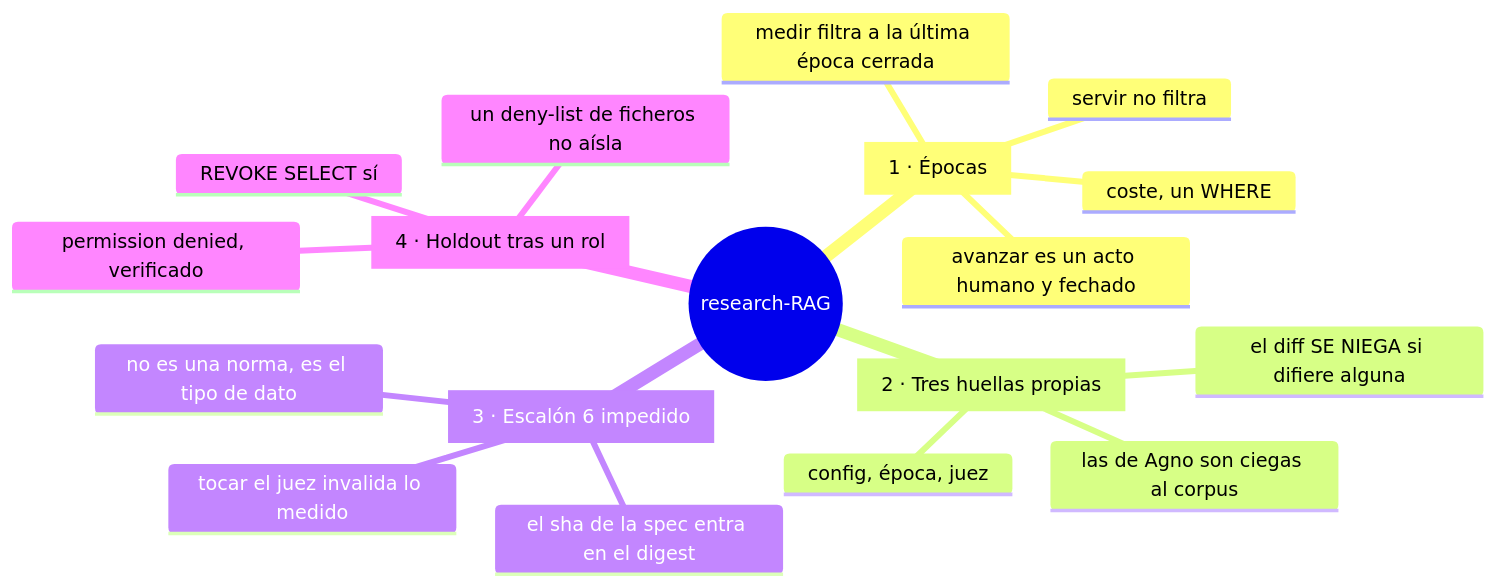
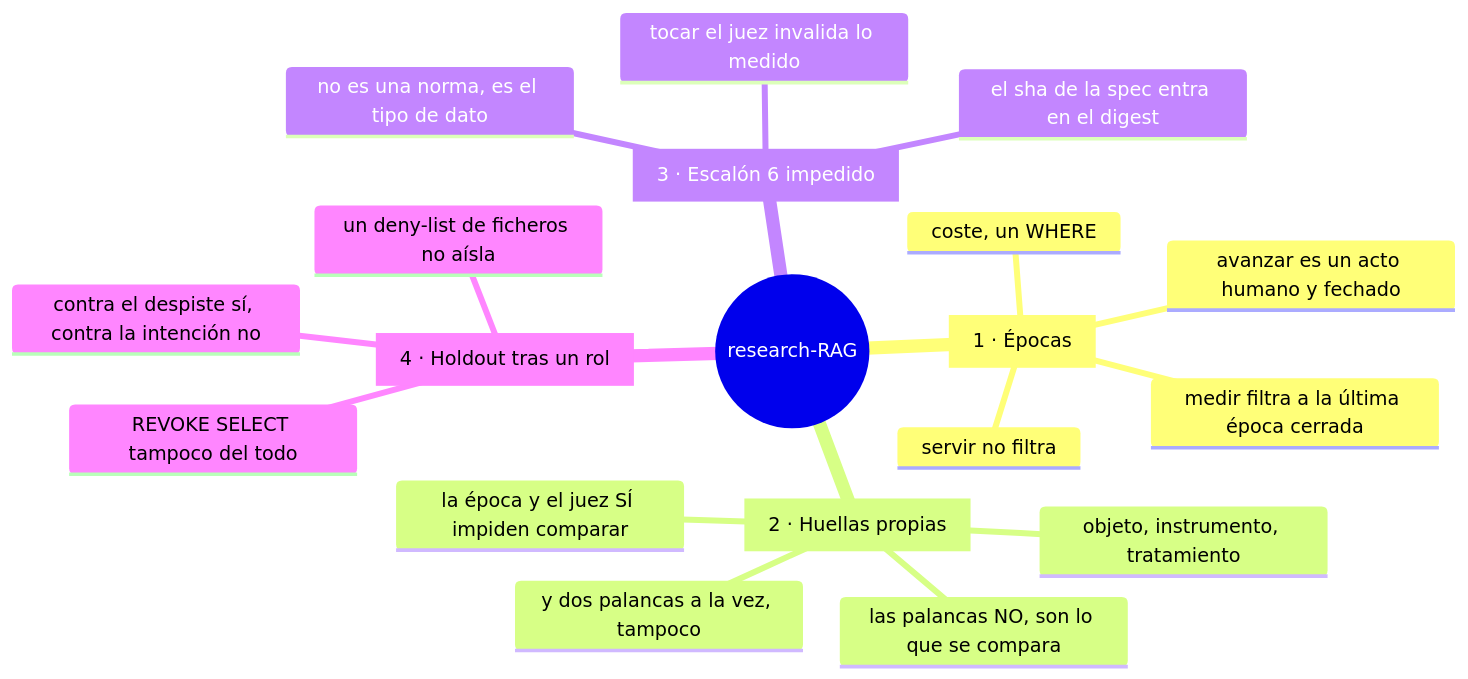
The second of 7 diagrams in README.md (Jorge-Medina-Diaz/research-RAG), drawn with Mermaid before and after one commit. The commit also changed other lines of this file and 17 other files, not shown here.

````diff
--- a/README.md
+++ b/README.md
@@ -97,21 +97,22 @@
 ```mermaid
 mindmap
   root(("research-RAG"))
     ["1 · Épocas"]
       servir no filtra
       medir filtra a la última época cerrada
       avanzar es un acto humano y fechado
       coste, un WHERE
-    ["2 · Tres huellas propias"]
-      config, época, juez
-      el diff SE NIEGA si difiere alguna
-      las de Agno son ciegas al corpus
+    ["2 · Huellas propias"]
+      objeto, instrumento, tratamiento
+      la época y el juez SÍ impiden comparar
+      las palancas NO, son lo que se compara
+      y dos palancas a la vez, tampoco
     ["3 · Escalón 6 impedido"]
       el sha de la spec entra en el digest
       tocar el juez invalida lo medido
       no es una norma, es el tipo de dato
     ["4 · Holdout tras un rol"]
       un deny-list de ficheros no aísla
-      REVOKE SELECT sí
-      permission denied, verificado
+      REVOKE SELECT tampoco del todo
+      contra el despiste sí, contra la intención no
 ```
````
